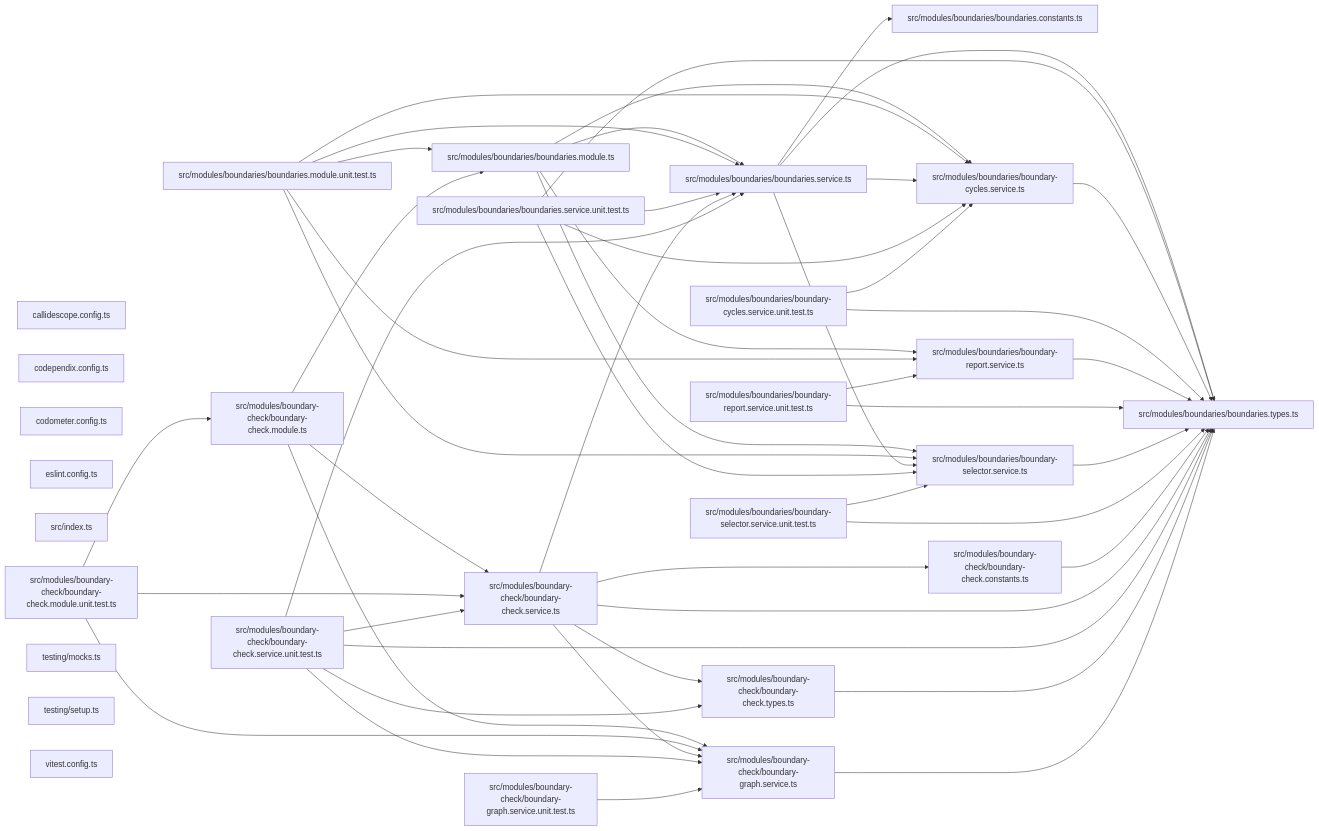
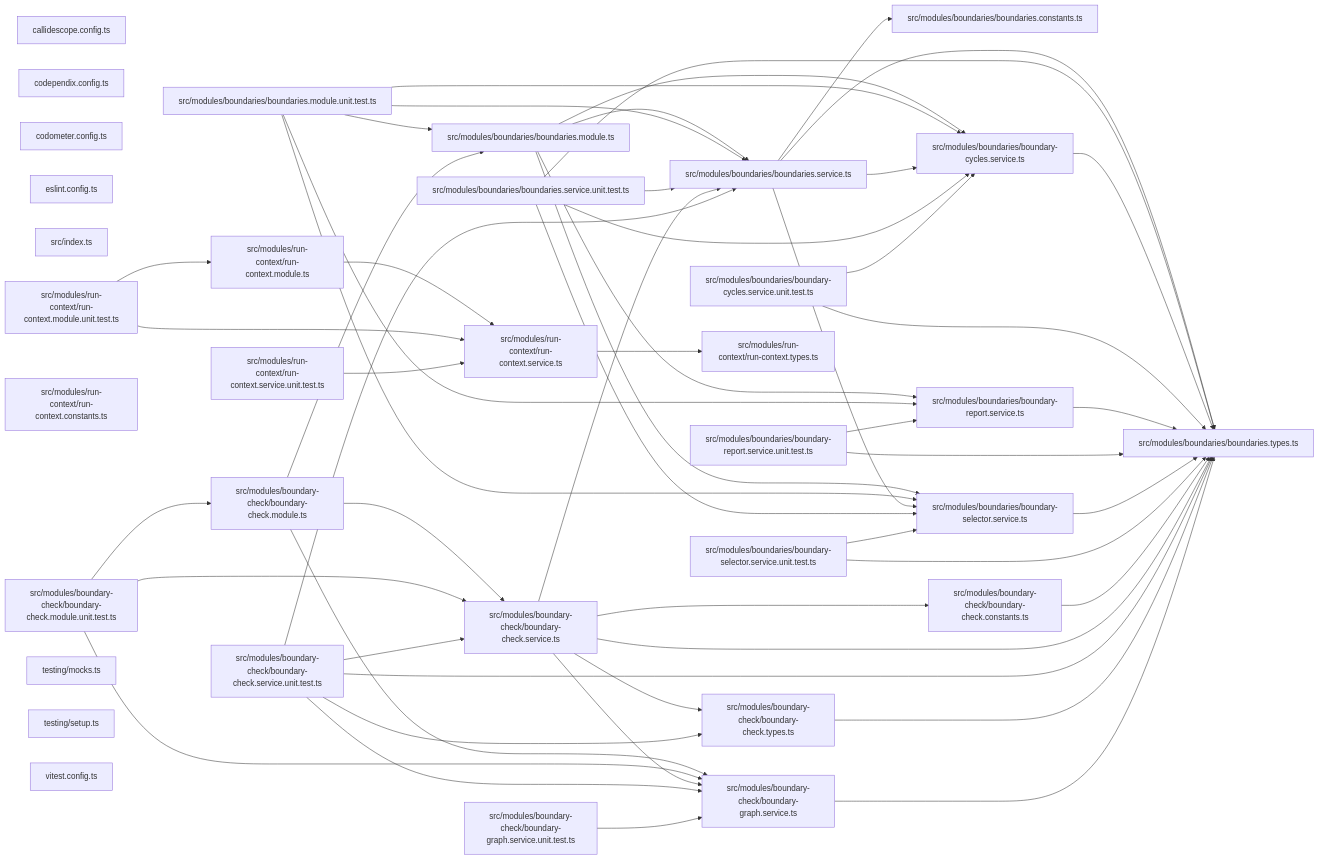
The third of 3 diagrams in packages/ic-suite/codependix/codependix-boundaries/README.md (JimmyPaolini/codebase), drawn with Mermaid before and after one commit. The commit also changed other lines of this file and 16 other files, not shown here.

Commit message:
refactor(codependix): ♻️ measure the moved size limits and regenerate the module graphs

````diff
--- a/packages/ic-suite/codependix/codependix-boundaries/README.md
+++ b/packages/ic-suite/codependix/codependix-boundaries/README.md
@@ -221,6 +233,12 @@
   file_src_modules_boundary_check_boundary_check_types_ts["src/modules/boundary-check/boundary-check.types.ts"]
   file_src_modules_boundary_check_boundary_graph_service_ts["src/modules/boundary-check/boundary-graph.service.ts"]
   file_src_modules_boundary_check_boundary_graph_service_unit_test_ts["src/modules/boundary-check/boundary-graph.service.unit.test.ts"]
+  file_src_modules_run_context_run_context_constants_ts["src/modules/run-context/run-context.constants.ts"]
+  file_src_modules_run_context_run_context_module_ts["src/modules/run-context/run-context.module.ts"]
+  file_src_modules_run_context_run_context_module_unit_test_ts["src/modules/run-context/run-context.module.unit.test.ts"]
+  file_src_modules_run_context_run_context_service_ts["src/modules/run-context/run-context.service.ts"]
+  file_src_modules_run_context_run_context_service_unit_test_ts["src/modules/run-context/run-context.service.unit.test.ts"]
+  file_src_modules_run_context_run_context_types_ts["src/modules/run-context/run-context.types.ts"]
   file_testing_mocks_ts["testing/mocks.ts"]
   file_testing_setup_ts["testing/setup.ts"]
   file_vitest_config_ts["vitest.config.ts"]
@@ -270,4 +288,9 @@
   file_src_modules_boundary_check_boundary_check_types_ts --> file_src_modules_boundaries_boundaries_types_ts
   file_src_modules_boundary_check_boundary_graph_service_ts --> file_src_modules_boundaries_boundaries_types_ts
   file_src_modules_boundary_check_boundary_graph_service_unit_test_ts --> file_src_modules_boundary_check_boundary_graph_service_ts
+  file_src_modules_run_context_run_context_module_ts --> file_src_modules_run_context_run_context_service_ts
+  file_src_modules_run_context_run_context_module_unit_test_ts --> file_src_modules_run_context_run_context_module_ts
+  file_src_modules_run_context_run_context_module_unit_test_ts --> file_src_modules_run_context_run_context_service_ts
+  file_src_modules_run_context_run_context_service_ts --> file_src_modules_run_context_run_context_types_ts
+  file_src_modules_run_context_run_context_service_unit_test_ts --> file_src_modules_run_context_run_context_service_ts
 ```
````
